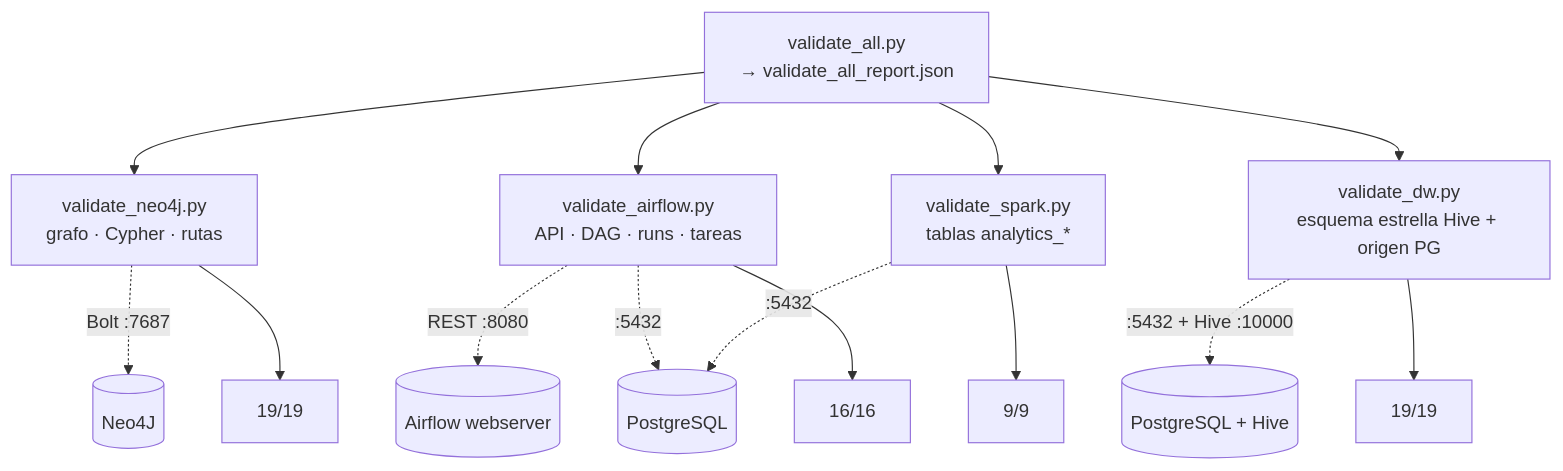
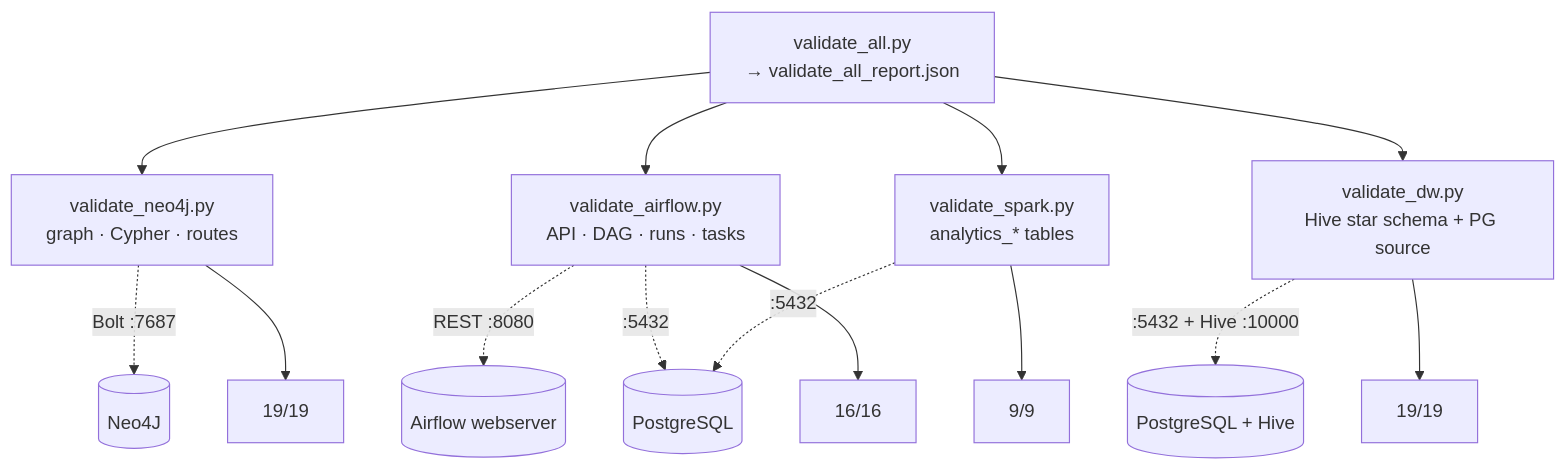
Before and after one commit to chris124v/Reserva_Inteligente: the third of 3 diagrams in README.md, drawn with Mermaid. The commit also changed other lines of this file and 1 other file, not shown here.

````diff
--- a/README.md
+++ b/README.md
@@ -147,20 +168,20 @@
 ```mermaid
 flowchart TD
     VA["validate_all.py<br/>→ validate_all_report.json"]
 
-    VA --> V1["validate_neo4j.py<br/>grafo · Cypher · rutas"]
-    VA --> V2["validate_airflow.py<br/>API · DAG · runs · tareas"]
-    VA --> V3["validate_spark.py<br/>tablas analytics_*"]
-    VA --> V4["validate_dw.py<br/>esquema estrella Hive + origen PG"]
+    VA --> V1["validate_neo4j.py<br/>graph · Cypher · routes"]
+    VA --> V2["validate_airflow.py<br/>API · DAG · runs · tasks"]
+    VA --> V3["validate_spark.py<br/>analytics_* tables"]
+    VA --> V4["validate_dw.py<br/>Hive star schema + PG source"]
 
     V1 -.->|"Bolt :7687"| N[("Neo4J")]
     V2 -.->|"REST :8080"| AF[("Airflow webserver")]
     V2 -.->|":5432"| PGV[("PostgreSQL")]
     V3 -.->|":5432"| PGV
     V4 -.->|":5432 + Hive :10000"| DWV[("PostgreSQL + Hive")]
 
     V1 --> R1[" 19/19"]
     V2 --> R2[" 16/16"]
     V3 --> R3[" 9/9"]
     V4 --> R4[" 19/19"]
 ```
````
